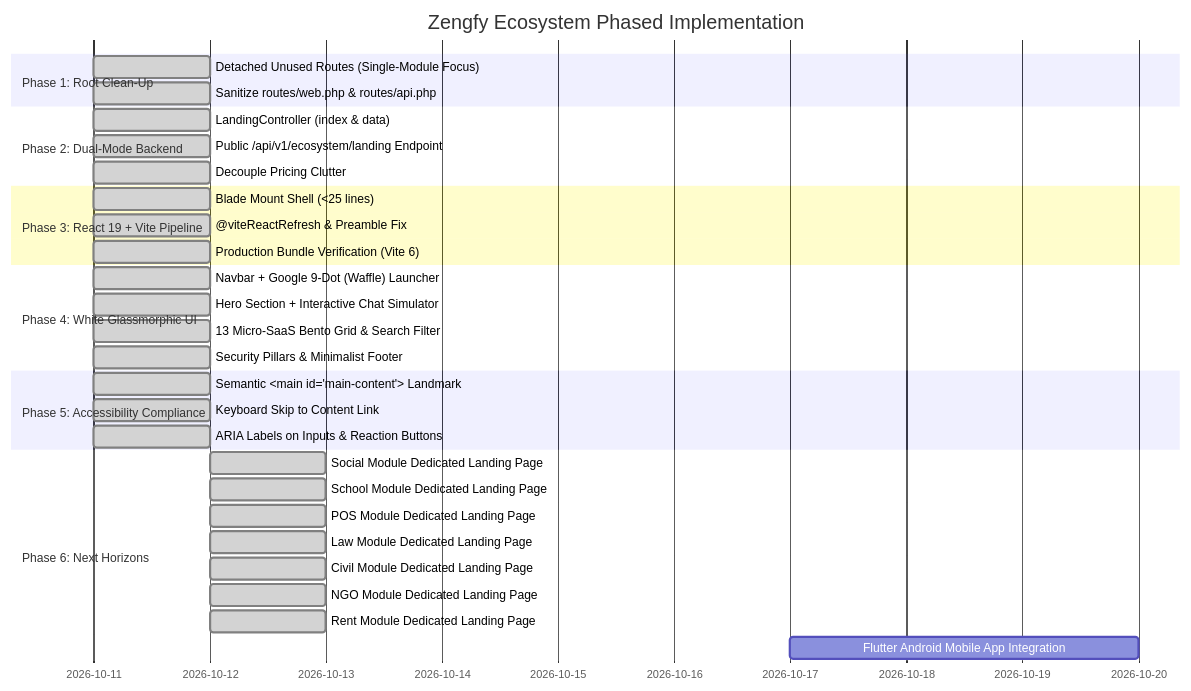
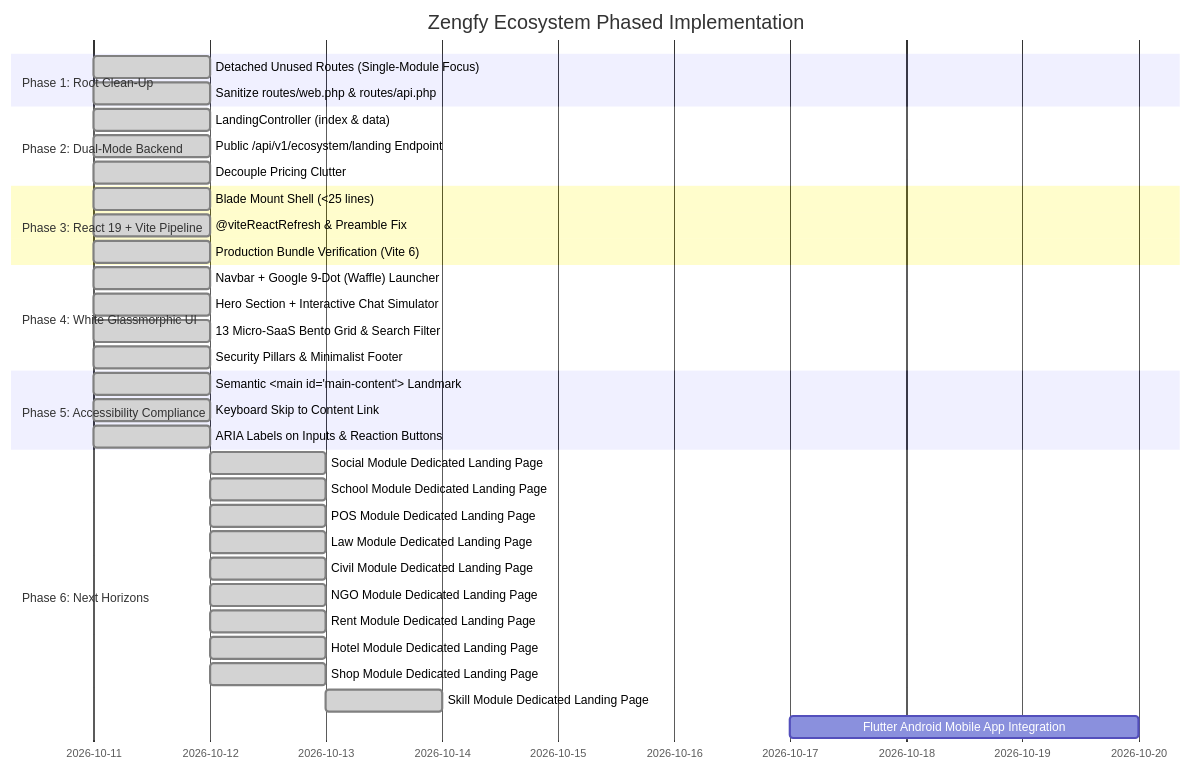
One commit to diusazzad/zengfy changed the diagram in docs/antigravity/documents/6_Implementation_Plan.md. Above: the diagram before and after it, drawn with Mermaid. The commit also changed other lines of this file and 361 other files, not shown here.

````diff
--- a/docs/antigravity/documents/6_Implementation_Plan.md
+++ b/docs/antigravity/documents/6_Implementation_Plan.md
@@ -8,34 +8,37 @@
 ```mermaid
 gantt
     title Zengfy Ecosystem Phased Implementation
     dateFormat  YYYY-MM-DD
     section Phase 1: Root Clean-Up
     Detached Unused Routes (Single-Module Focus)   :done, 2026-10-11, 1d
     Sanitize routes/web.php & routes/api.php       :done, 2026-10-11, 1d
     section Phase 2: Dual-Mode Backend
     LandingController (index & data)               :done, 2026-10-11, 1d
     Public /api/v1/ecosystem/landing Endpoint     :done, 2026-10-11, 1d
     Decouple Pricing Clutter                      :done, 2026-10-11, 1d
     section Phase 3: React 19 + Vite Pipeline
     Blade Mount Shell (<25 lines)                  :done, 2026-10-11, 1d
     @viteReactRefresh & Preamble Fix               :done, 2026-10-11, 1d
     Production Bundle Verification (Vite 6)       :done, 2026-10-11, 1d
     section Phase 4: White Glassmorphic UI
     Navbar + Google 9-Dot (Waffle) Launcher        :done, 2026-10-11, 1d
     Hero Section + Interactive Chat Simulator      :done, 2026-10-11, 1d
     13 Micro-SaaS Bento Grid & Search Filter       :done, 2026-10-11, 1d
     Security Pillars & Minimalist Footer           :done, 2026-10-11, 1d
     section Phase 5: Accessibility Compliance
     Semantic <main id="main-content"> Landmark    :done, 2026-10-11, 1d
     Keyboard Skip to Content Link                 :done, 2026-10-11, 1d
     ARIA Labels on Inputs & Reaction Buttons      :done, 2026-10-11, 1d
     section Phase 6: Next Horizons
     Social Module Dedicated Landing Page          :done, 2026-10-12, 1d
     School Module Dedicated Landing Page          :done, 2026-10-12, 1d
     POS Module Dedicated Landing Page             :done, 2026-10-12, 1d
     Law Module Dedicated Landing Page             :done, 2026-10-12, 1d
     Civil Module Dedicated Landing Page           :done, 2026-10-12, 1d
     NGO Module Dedicated Landing Page             :done, 2026-10-12, 1d
     Rent Module Dedicated Landing Page            :done, 2026-10-12, 1d
+    Hotel Module Dedicated Landing Page           :done, 2026-10-12, 1d
+    Shop Module Dedicated Landing Page            :done, 2026-10-12, 1d
+    Skill Module Dedicated Landing Page           :done, 2026-10-13, 1d
     Flutter Android Mobile App Integration         :planned, 2026-10-17, 3d
 ```
````
